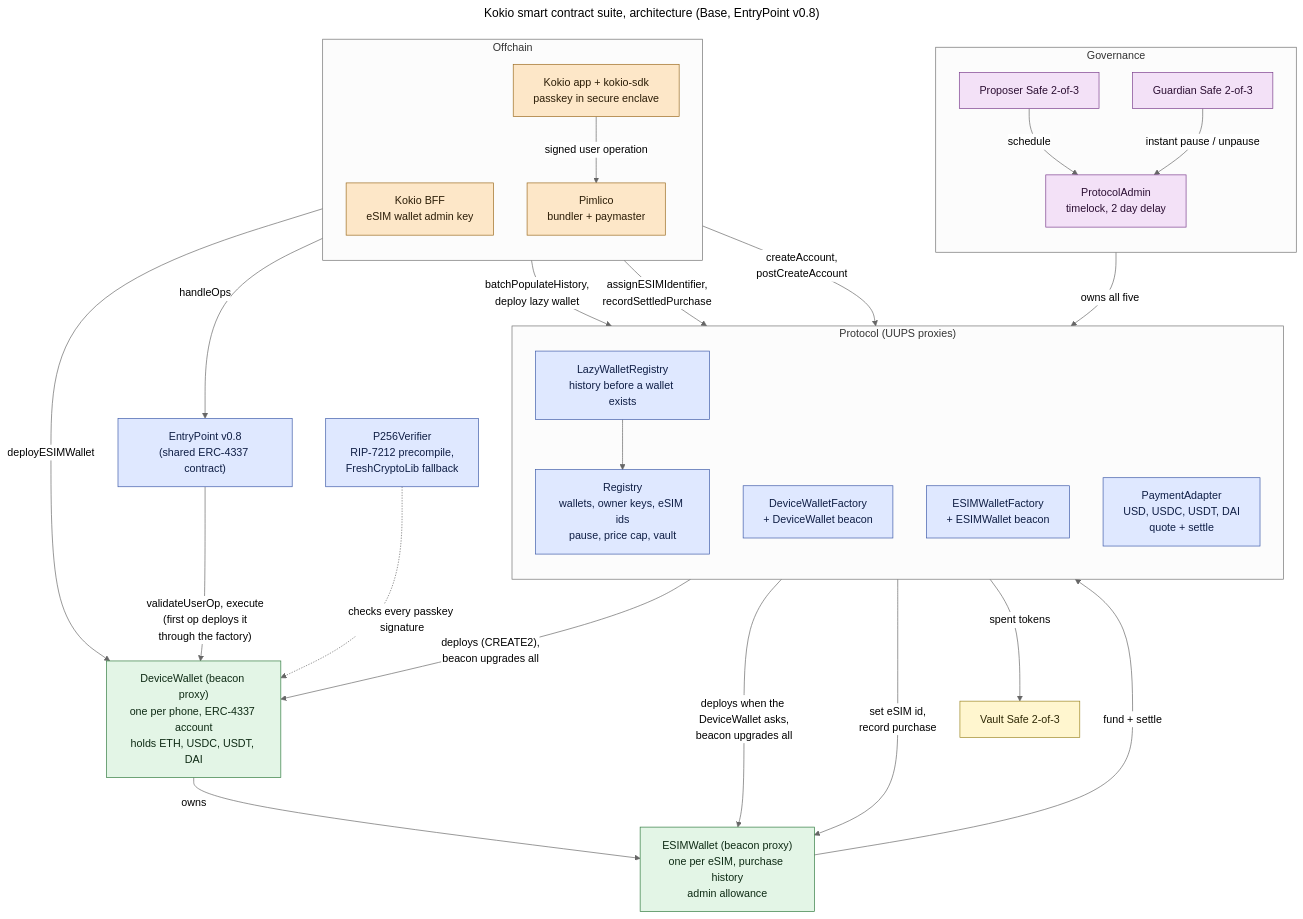
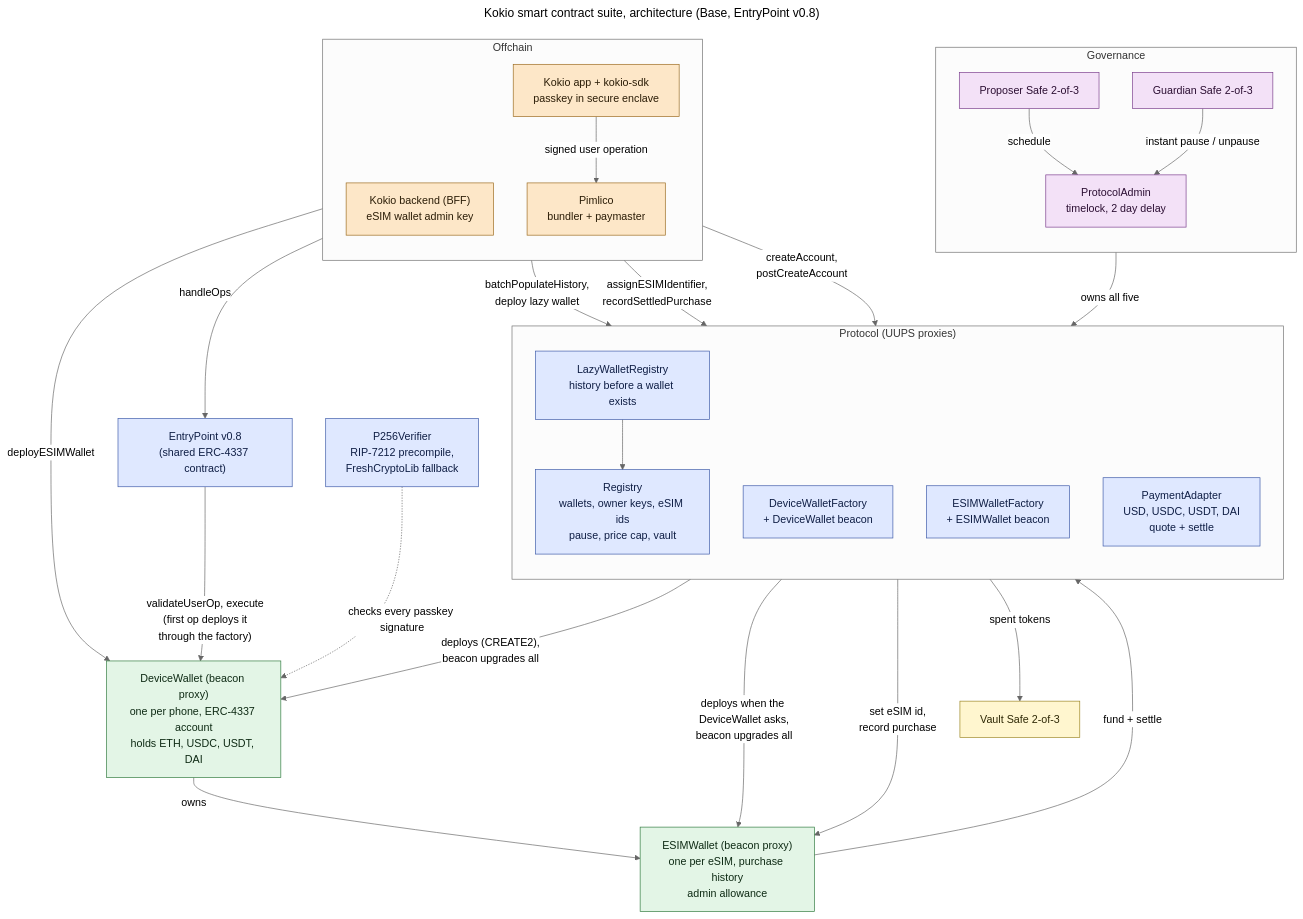
One commit to Blockchain-Powered-eSIM/smart-contract-suite changed the diagram in resources/diagrams/developers/01-architecture.mmd. Above: the diagram before and after it, drawn with Mermaid (neutral theme). The commit also changed 4 other files, not shown here.

Commit message:
Show the zero default admin allowance in the developer diagrams

```diff
--- a/resources/diagrams/developers/01-architecture.mmd
+++ b/resources/diagrams/developers/01-architecture.mmd
@@ -1,68 +1,68 @@
 ---
 title: Kokio smart contract suite, architecture (Base, EntryPoint v0.8)
 ---
 flowchart TB
     %% Declaration order sets the layout. This order draws no line across another line, box
     %% or label, so check for crossings before reordering anything.
 
     subgraph gov["Governance"]
         direction TB
         proposer["Proposer Safe 2-of-3"]
         guardian["Guardian Safe 2-of-3"]
         timelock["ProtocolAdmin<br/>timelock, 2 day delay"]
     end
 
     subgraph offchain["Offchain"]
         direction TB
-        bff["Kokio BFF<br/>eSIM wallet admin key"]
+        bff["Kokio backend (BFF)<br/>eSIM wallet admin key"]
         app["Kokio app + kokio-sdk<br/>passkey in secure enclave"]
         pimlico["Pimlico<br/>bundler + paymaster"]
     end
 
     subgraph protocol["Protocol (UUPS proxies)"]
         direction TB
         lazy["LazyWalletRegistry<br/>history before a wallet exists"]
         registry["Registry<br/>wallets, owner keys, eSIM ids<br/>pause, price cap, vault"]
         dwf["DeviceWalletFactory<br/>+ DeviceWallet beacon"]
         ewf["ESIMWalletFactory<br/>+ ESIMWallet beacon"]
         adapter["PaymentAdapter<br/>USD, USDC, USDT, DAI<br/>quote + settle"]
     end
 
     entrypoint["EntryPoint v0.8<br/>(shared ERC-4337 contract)"]
     verifier["P256Verifier<br/>RIP-7212 precompile,<br/>FreshCryptoLib fallback"]
 
     dw["DeviceWallet (beacon proxy)<br/>one per phone, ERC-4337 account<br/>holds ETH, USDC, USDT, DAI"]
     ew["ESIMWallet (beacon proxy)<br/>one per eSIM, purchase history<br/>admin allowance"]
     vault["Vault Safe 2-of-3"]
 
     proposer -- "schedule" --> timelock
     guardian -- "instant pause / unpause" --> timelock
     timelock -- "owns all five" --> protocol
     bff -- "batchPopulateHistory,<br/>deploy lazy wallet" --> lazy
     bff -- "assignESIMIdentifier,<br/>recordSettledPurchase" --> registry
     bff -- "createAccount,<br/>postCreateAccount" --> dwf
     bff -- "deployESIMWallet" --> dw
     app -- "signed user operation" --> pimlico
     pimlico -- "handleOps" --> entrypoint
     %% The first-op deploy through the factory sits in this label: as its own line it crosses
     %% the BFF's. 02-user-journey shows that route step by step.
     entrypoint -- "validateUserOp, execute<br/>(first op deploys it<br/>through the factory)" --> dw
     verifier -. "checks every passkey signature" .-> dw
     lazy --> registry
     dwf -- "deploys (CREATE2),<br/>beacon upgrades all" --> dw
     ewf -- "deploys when the DeviceWallet asks,<br/>beacon upgrades all" --> ew
     dw -- "owns" --> ew
     registry -- "set eSIM id,<br/>record purchase" --> ew
     ew -- "fund + settle" --> adapter
     adapter -- "spent tokens" --> vault
 
     classDef actor fill:#fde7c8,stroke:#9a6a1f,color:#2b1d07
     classDef core fill:#dfe8ff,stroke:#3d5aa8,color:#0f1e45
     classDef wallet fill:#e3f5e6,stroke:#2f7a3d,color:#0e2a14
     classDef gov fill:#f3e1f7,stroke:#7a3d8c,color:#2c0f33
     classDef money fill:#fff6cf,stroke:#9a8420,color:#2e2805
     class app,bff,pimlico actor
     class entrypoint,verifier,registry,lazy,dwf,ewf,adapter core
     class dw,ew wallet
     class proposer,guardian,timelock gov
     class vault money
```
